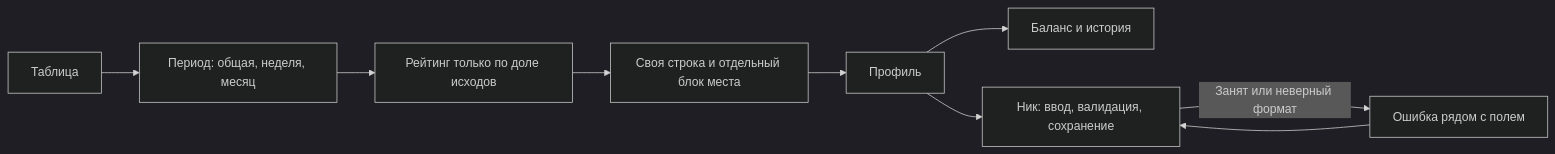
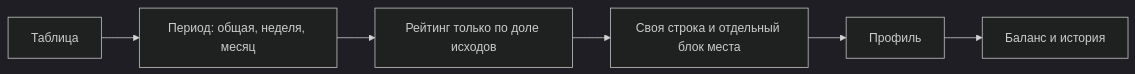
Before and after one commit to TOTScode/Entertainment: the third of 3 diagrams in docs/design-spec.md, drawn with Mermaid (dark theme). The commit also changed other lines of this file and 8 other files, not shown here.

````diff
--- a/docs/design-spec.md
+++ b/docs/design-spec.md
@@ -67,11 +67,8 @@
 ```mermaid
 flowchart LR
   A[Таблица] --> B[Период: общая, неделя, месяц]
   B --> C[Рейтинг только по доле исходов]
   C --> D[Своя строка и отдельный блок места]
   D --> E[Профиль]
   E --> F[Баланс и история]
-  E --> G[Ник: ввод, валидация, сохранение]
-  G -->|Занят или неверный формат| H[Ошибка рядом с полем]
-  H --> G
 ```
````
